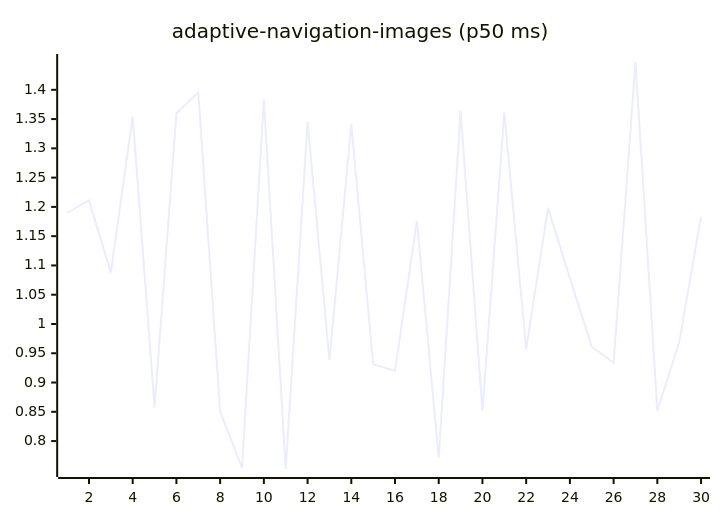
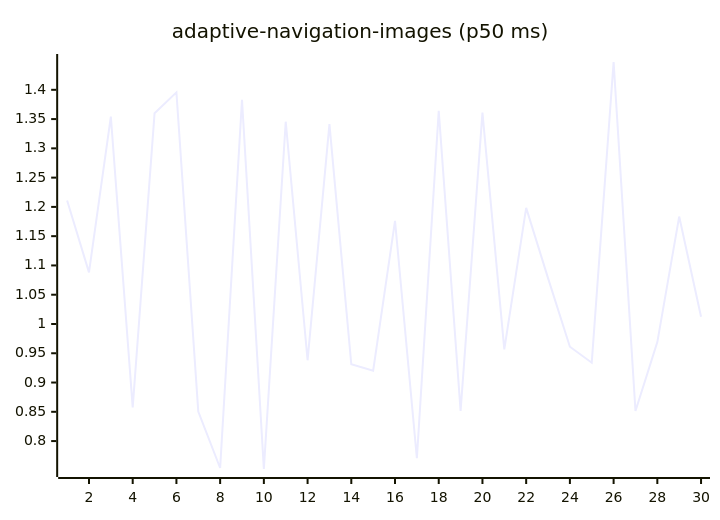
The first of 27 diagrams in README.md (josha/Facet), drawn with Mermaid before and after one commit. The commit also changed other lines of this file and 2 other files, not shown here.

````diff
--- a/README.md
+++ b/README.md
@@ -63,6 +63,6 @@
 ```mermaid
 xychart-beta
     title "adaptive-navigation-images (p50 ms)"
     x-axis 1 --> 30
-    line [1.1900, 1.2110, 1.0882, 1.3541, 0.8576, 1.3599, 1.3956, 0.8504, 0.7540, 1.3829, 0.7523, 1.3455, 0.9380, 1.3415, 0.9312, 0.9201, 1.1763, 0.7707, 1.3642, 0.8516, 1.3610, 0.9567, 1.1983, 1.0783, 0.9612, 0.9339, 1.4475, 0.8514, 0.9690, 1.1835]
+    line [1.2110, 1.0882, 1.3541, 0.8576, 1.3599, 1.3956, 0.8504, 0.7540, 1.3829, 0.7523, 1.3455, 0.9380, 1.3415, 0.9312, 0.9201, 1.1763, 0.7707, 1.3642, 0.8516, 1.3610, 0.9567, 1.1983, 1.0783, 0.9612, 0.9339, 1.4475, 0.8514, 0.9690, 1.1835, 1.0125]
 ```
````
